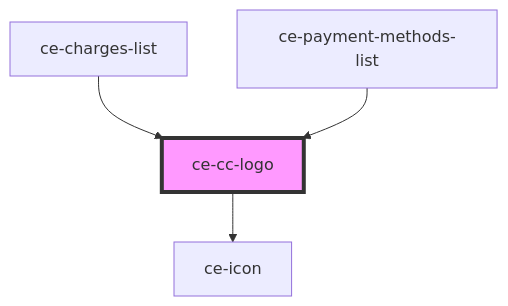
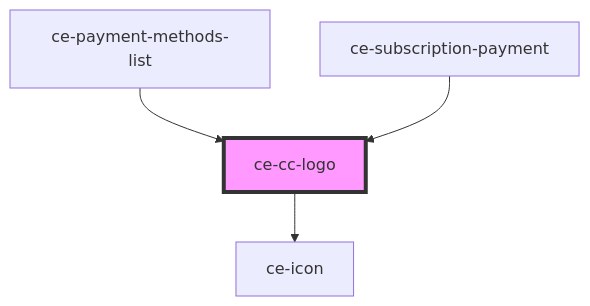
The diagram in packages/components/src/components/ui/ce-cc-logo/readme.md (surecart/surecart-wp-plugin), drawn with Mermaid before and after one commit. The commit also changed other lines of this file and 118 other files, not shown here.

````diff
--- a/packages/components/src/components/ui/ce-cc-logo/readme.md
+++ b/packages/components/src/components/ui/ce-cc-logo/readme.md
@@ -34,7 +34,7 @@
 ```mermaid
 graph TD;
   ce-cc-logo --> ce-icon
-  ce-charges-list --> ce-cc-logo
   ce-payment-methods-list --> ce-cc-logo
+  ce-subscription-payment --> ce-cc-logo
   style ce-cc-logo fill:#f9f,stroke:#333,stroke-width:4px
 ```
````
